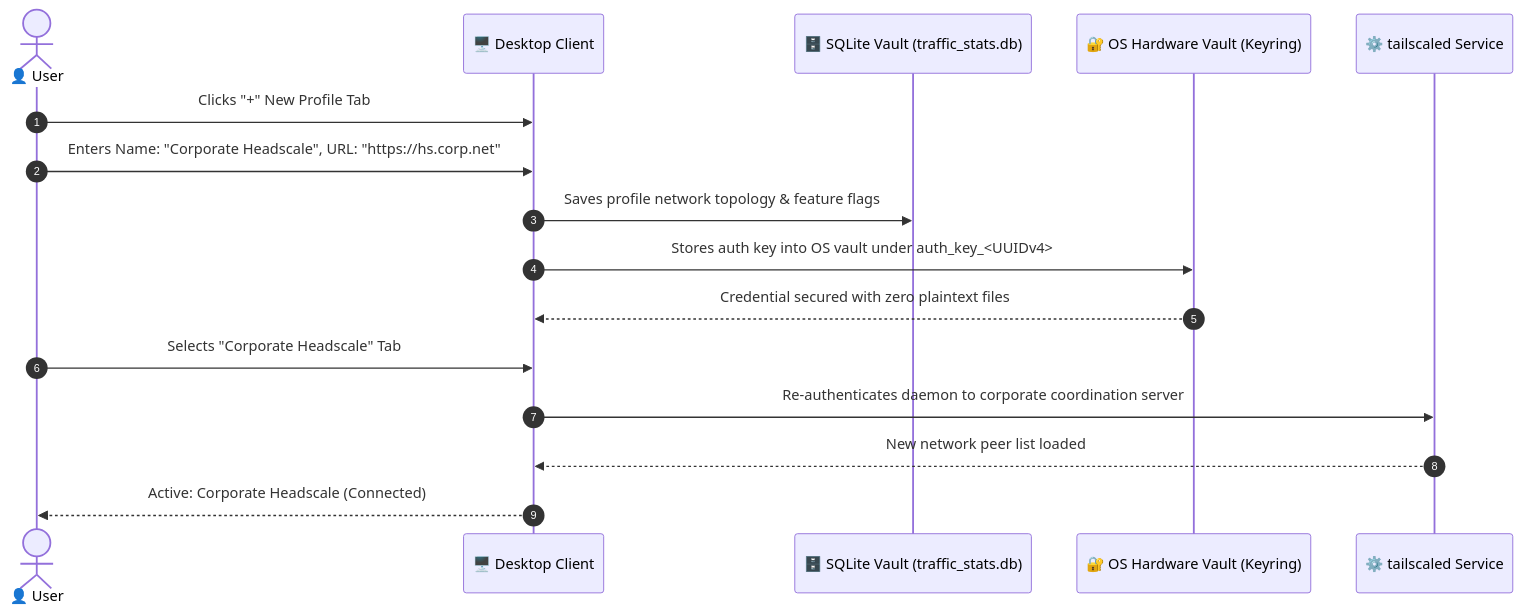
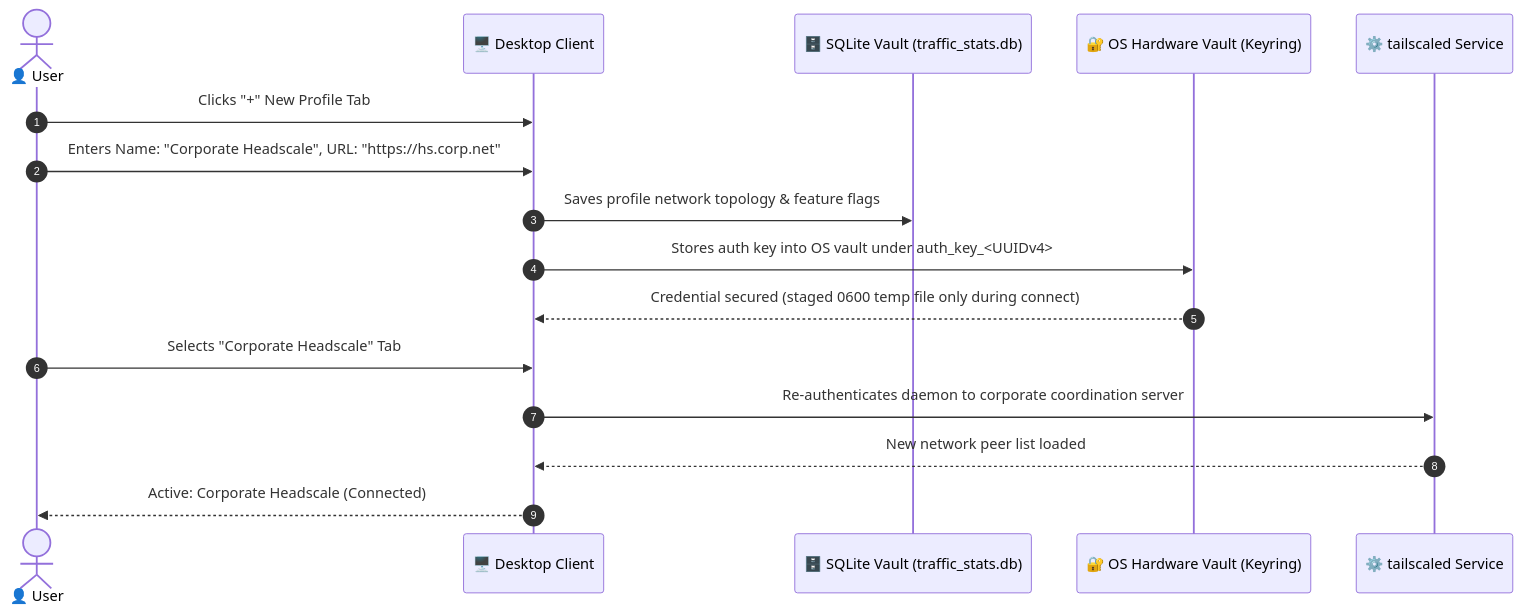
Before and after one commit to Arean82/Tailscale-Headscale-Client: the second of 3 diagrams in Docs/USER_MANUAL.md, drawn with Mermaid. The commit also changed other lines of this file and 51 other files, not shown here.

````diff
--- a/Docs/USER_MANUAL.md
+++ b/Docs/USER_MANUAL.md
@@ -85,19 +85,19 @@
 ```mermaid
 sequenceDiagram
     autonumber
     actor User as 👤 User
     participant App as 🖥️ Desktop Client
     participant SQLite as 🗄️ SQLite Vault (traffic_stats.db)
     participant Keyring as 🔐 OS Hardware Vault (Keyring)
     participant Tailscale as ⚙️ tailscaled Service
 
     User->>App: Clicks "+" New Profile Tab
     User->>App: Enters Name: "Corporate Headscale", URL: "https://hs.corp.net"
     App->>SQLite: Saves profile network topology & feature flags
     App->>Keyring: Stores auth key into OS vault under auth_key_<UUIDv4>
-    Keyring-->>App: Credential secured with zero plaintext files
+    Keyring-->>App: Credential secured (staged 0600 temp file only during connect)
     User->>App: Selects "Corporate Headscale" Tab
     App->>Tailscale: Re-authenticates daemon to corporate coordination server
     Tailscale-->>App: New network peer list loaded
     App-->>User: Active: Corporate Headscale (Connected)
 ```
````
